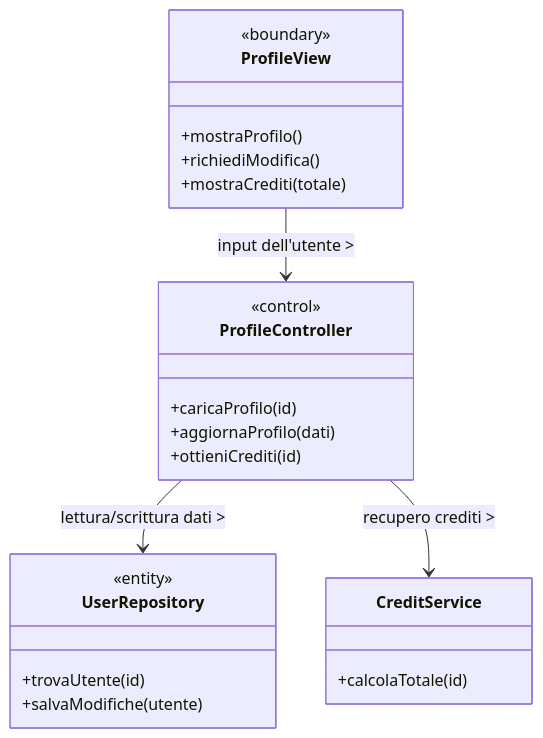
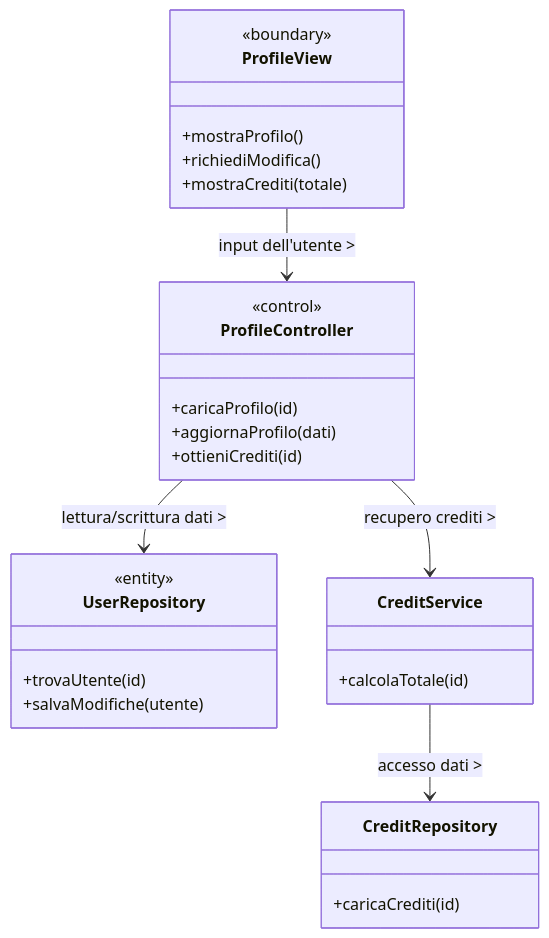
One commit to Sil2564/unibo_tutoring changed the fourth of 6 diagrams in README.md. Above: the diagram before and after it, drawn with Mermaid.

Commit message:
Update README with CreditRepository class
Added CreditRepository class and its method to README. mancava il legame tra student(utente e i crediti)

````diff
--- a/README.md
+++ b/README.md
@@ -277,35 +277,39 @@
 ```mermaid
 classDiagram
     %% ============================================================
     %% DESIGN DETTAGLIATO - PROFILO UTENTE(NIKI)
     %% Pattern: ECB (Entity-Control-Boundary)
     %% ============================================================
 
     class ProfileView {
         +mostraProfilo()
         +richiediModifica()
         +mostraCrediti(totale)
     }
     <<boundary>> ProfileView
 
     class ProfileController {
         +caricaProfilo(id)
         +aggiornaProfilo(dati)
         +ottieniCrediti(id)
     }
     <<control>> ProfileController
 
     class UserRepository {
         +trovaUtente(id)
         +salvaModifiche(utente)
     }
     <<entity>> UserRepository
 
     class CreditService {
         +calcolaTotale(id)
     }
+ class CreditRepository {
+        +caricaCrediti(id)
+    }
     %% RELAZIONI
     ProfileView --> ProfileController : input dell'utente >
     ProfileController --> UserRepository : lettura/scrittura dati >
     ProfileController --> CreditService : recupero crediti >
+    CreditService --> CreditRepository : accesso dati >
 ```
````
